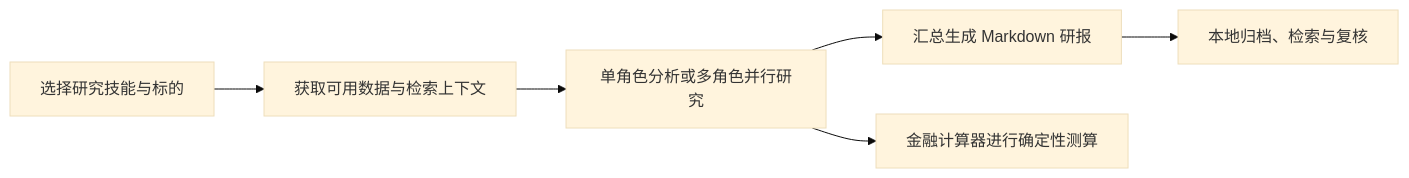
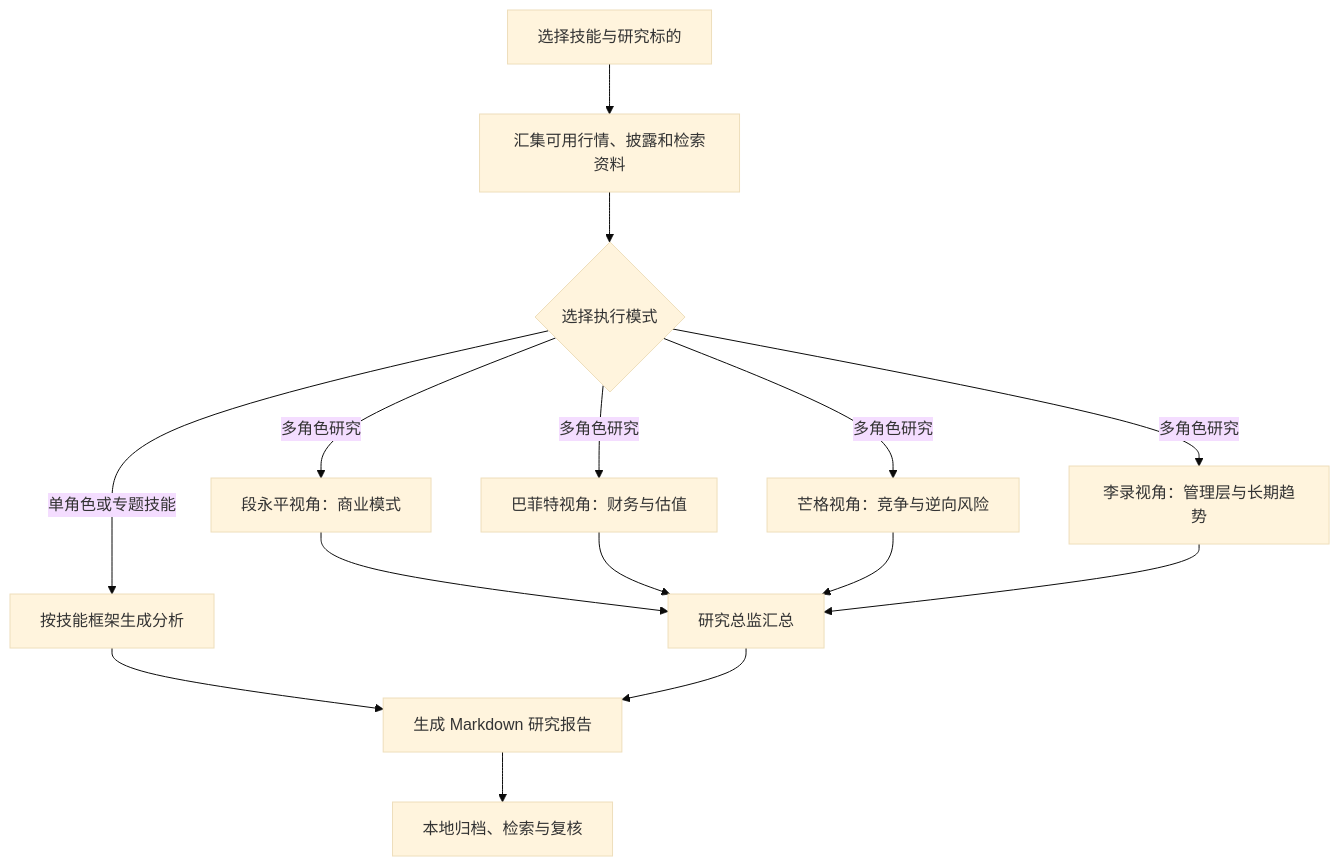
One commit to johhhhnny/finmaster changed the diagram in README.md. Above: the diagram before and after it, drawn with Mermaid (base theme). The commit also changed other lines of this file and 2 other files, not shown here.

````diff
--- a/README.md
+++ b/README.md
@@ -33,8 +75,17 @@
 ```mermaid
-flowchart LR
-    A[选择研究技能与标的] --> B[获取可用数据与检索上下文]
-    B --> C[单角色分析或多角色并行研究]
-    C --> D[汇总生成 Markdown 研报]
-    D --> E[本地归档、检索与复核]
-    C --> F[金融计算器进行确定性测算]
+flowchart TD
+    A[选择技能与研究标的] --> B[汇集可用行情、披露和检索资料]
+    B --> C{选择执行模式}
+    C -->|单角色或专题技能| D[按技能框架生成分析]
+    C -->|多角色研究| E1[段永平视角：商业模式]
+    C -->|多角色研究| E2[巴菲特视角：财务与估值]
+    C -->|多角色研究| E3[芒格视角：竞争与逆向风险]
+    C -->|多角色研究| E4[李录视角：管理层与长期趋势]
+    E1 --> F[研究总监汇总]
+    E2 --> F
+    E3 --> F
+    E4 --> F
+    D --> G[生成 Markdown 研究报告]
+    F --> G
+    G --> H[本地归档、检索与复核]
 ```
````
